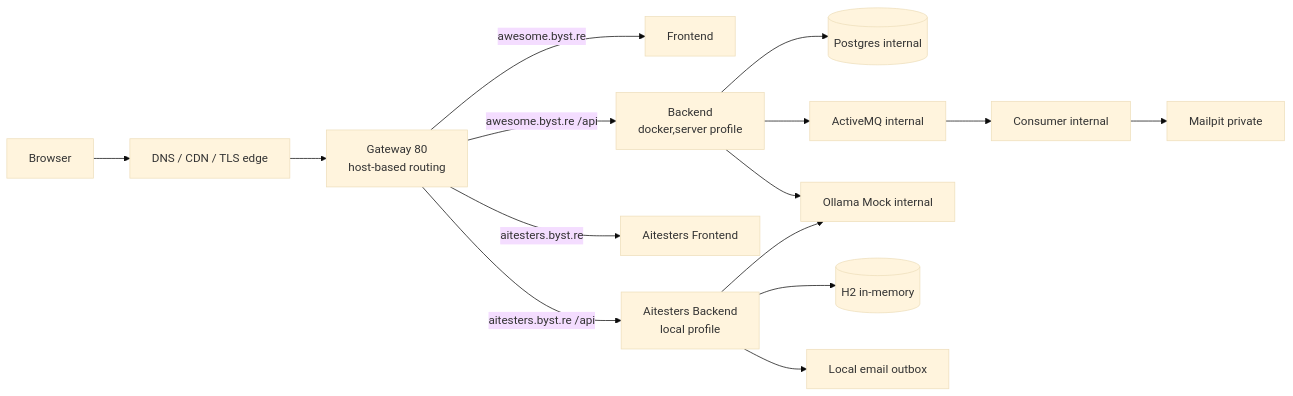
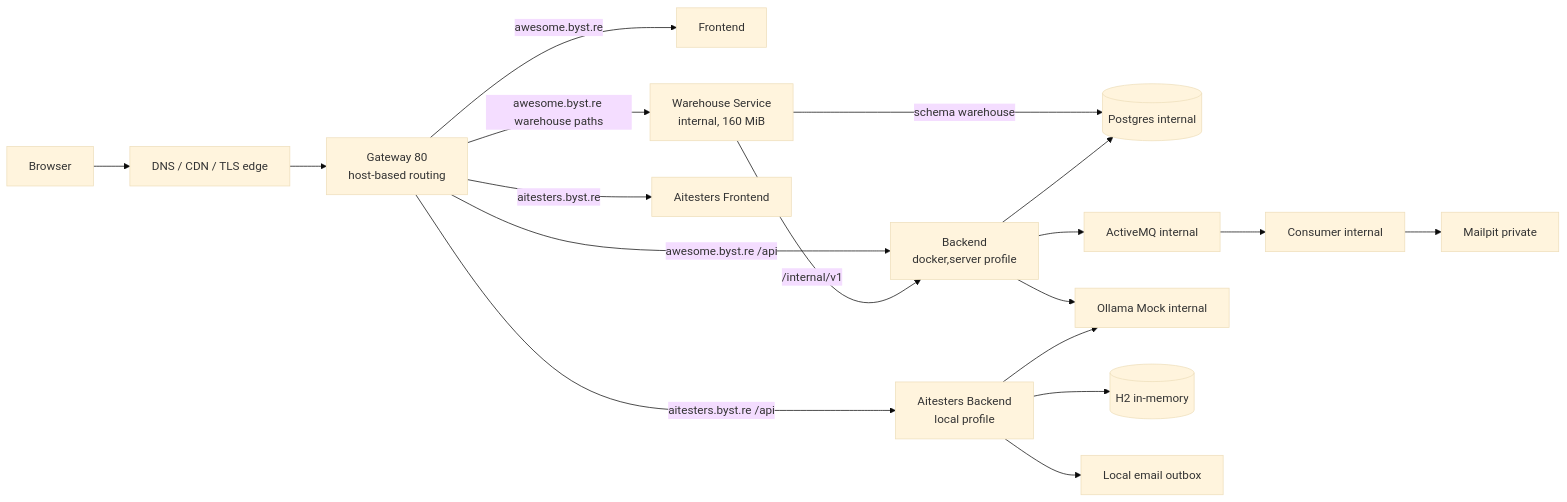
One commit to slawekradzyminski/awesome-localstack changed the third of 3 diagrams in docs/PROFILE_URLS.md. Above: the diagram before and after it, drawn with Mermaid (base theme). The commit also changed other lines of this file and 39 other files, not shown here.

First line of the commit message:
Add warehouse-service and commerce wave 2 to the stack (#71)

````diff
--- a/docs/PROFILE_URLS.md
+++ b/docs/PROFILE_URLS.md
@@ -66,19 +75,22 @@
 ```mermaid
 flowchart LR
     U[Browser] --> CF[DNS / CDN / TLS edge]
     CF --> G[Gateway 80<br/>host-based routing]
 
     G -->|awesome.byst.re| F[Frontend]
     G -->|awesome.byst.re /api| B[Backend<br/>docker,server profile]
+    G -->|awesome.byst.re warehouse paths| W[Warehouse Service<br/>internal, 160 MiB]
+    W -->|/internal/v1| B
+    W -->|schema warehouse| DB
     B --> DB[(Postgres internal)]
     B --> MQ[ActiveMQ internal]
     MQ --> C[Consumer internal]
     C --> MH[Mailpit private]
     B --> O[Ollama Mock internal]
 
     G -->|aitesters.byst.re| AF[Aitesters Frontend]
     G -->|aitesters.byst.re /api| AB[Aitesters Backend<br/>local profile]
     AB --> H2[(H2 in-memory)]
     AB --> LO[Local email outbox]
     AB --> O
 ```
````
